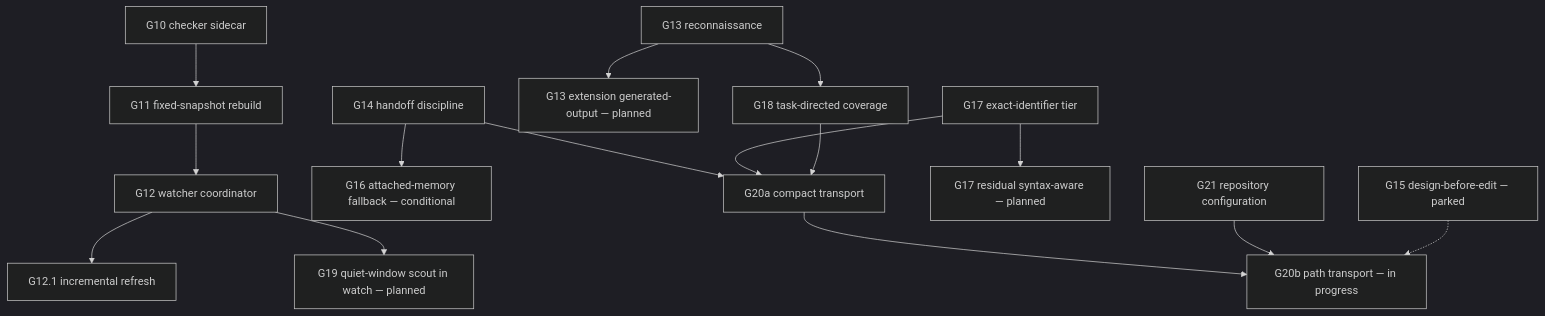
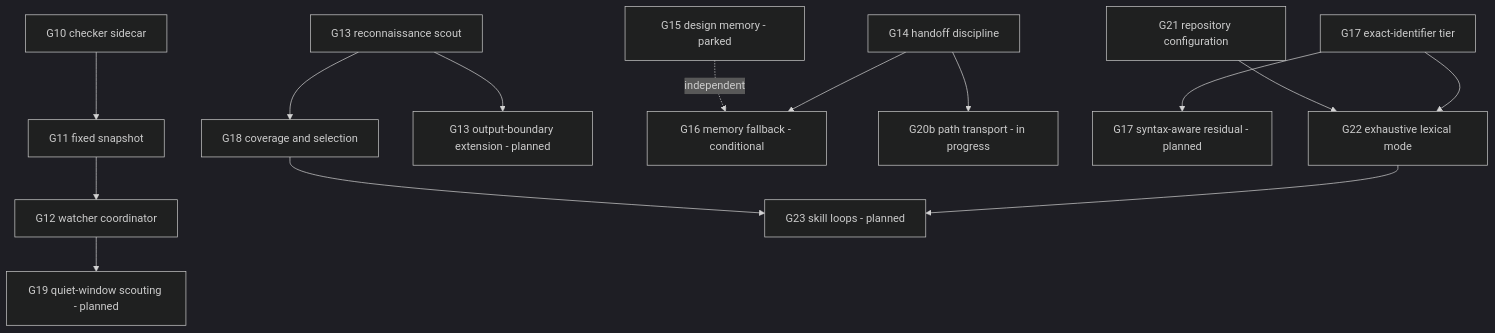
Before and after one commit to iantocristian/jscout: the second of 2 diagrams in docs/codebase-analysis/18-history-and-roadmap.md, drawn with Mermaid (dark theme). The commit also changed other lines of this file and 33 other files, not shown here.

````diff
--- a/docs/codebase-analysis/18-history-and-roadmap.md
+++ b/docs/codebase-analysis/18-history-and-roadmap.md
@@ -74,17 +79,16 @@
 ```mermaid
 flowchart TD
-    G10["G10 checker sidecar"] --> G11["G11 fixed-snapshot rebuild"]
+    G10["G10 checker sidecar"] --> G11["G11 fixed snapshot"]
     G11 --> G12["G12 watcher coordinator"]
-    G12 --> G121["G12.1 incremental refresh"]
-    G12 --> G19["G19 quiet-window scout in watch — planned"]
-    G13["G13 reconnaissance"] --> G18["G18 task-directed coverage"]
-    G13 --> G13E["G13 extension generated-output — planned"]
-    G14["G14 handoff discipline"] --> G16["G16 attached-memory fallback — conditional"]
-    G14 --> G20a["G20a compact transport"]
-    G17["G17 exact-identifier tier"] --> G17R["G17 residual syntax-aware — planned"]
-    G17 --> G20a
-    G18 --> G20a
-    G20a --> G20b["G20b path transport — in progress"]
-    G21["G21 repository configuration"] --> G20b
-    G15["G15 design-before-edit — parked"] -.-> G20b
+    G12 --> G19["G19 quiet-window scouting - planned"]
+    G13["G13 reconnaissance scout"] --> G18["G18 coverage and selection"]
+    G13 --> G13x["G13 output-boundary extension - planned"]
+    G14["G14 handoff discipline"] --> G16["G16 memory fallback - conditional"]
+    G14 --> G20["G20b path transport - in progress"]
+    G17["G17 exact-identifier tier"] --> G17r["G17 syntax-aware residual - planned"]
+    G17 --> G22["G22 exhaustive lexical mode"]
+    G21["G21 repository configuration"] --> G22
+    G22 --> G23["G23 skill loops - planned"]
+    G15["G15 design memory - parked"] -.->|independent| G16
+    G18 --> G23
 ```
````
